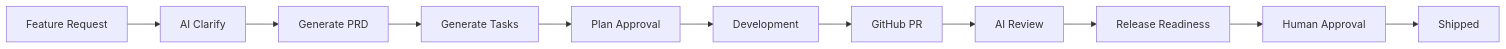
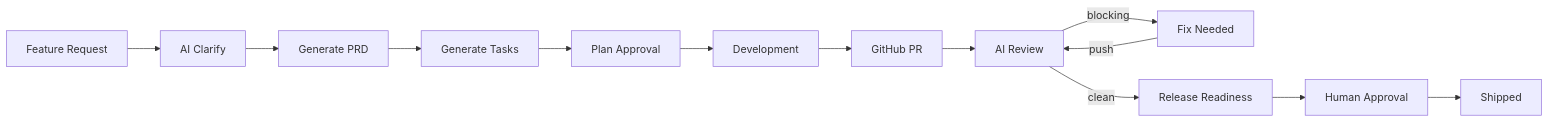
The diagram in README.md (Ayush-Panda-design/AI-powered-Code-review), drawn with Mermaid before and after one commit. The commit also changed other lines of this file and 79 other files, not shown here.

````diff
--- a/README.md
+++ b/README.md
@@ -139,13 +224,15 @@
 ```mermaid
 flowchart LR
   FR[Feature Request] --> CL[AI Clarify]
   CL --> PRD[Generate PRD]
   PRD --> TK[Generate Tasks]
   TK --> AP[Plan Approval]
   AP --> DEV[Development]
   DEV --> PR[GitHub PR]
   PR --> RV[AI Review]
-  RV --> RR[Release Readiness]
+  RV -->|blocking| FN[Fix Needed]
+  RV -->|clean| RR[Release Readiness]
+  FN -->|push| RV
   RR --> HA[Human Approval]
   HA --> SH[Shipped]
 ```
````
